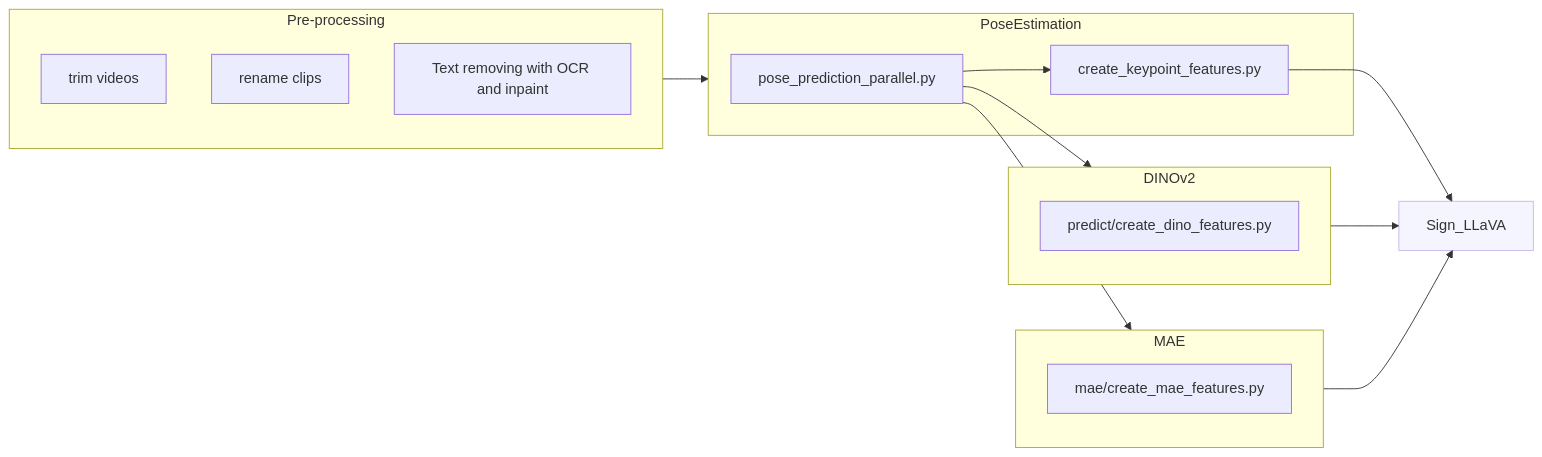
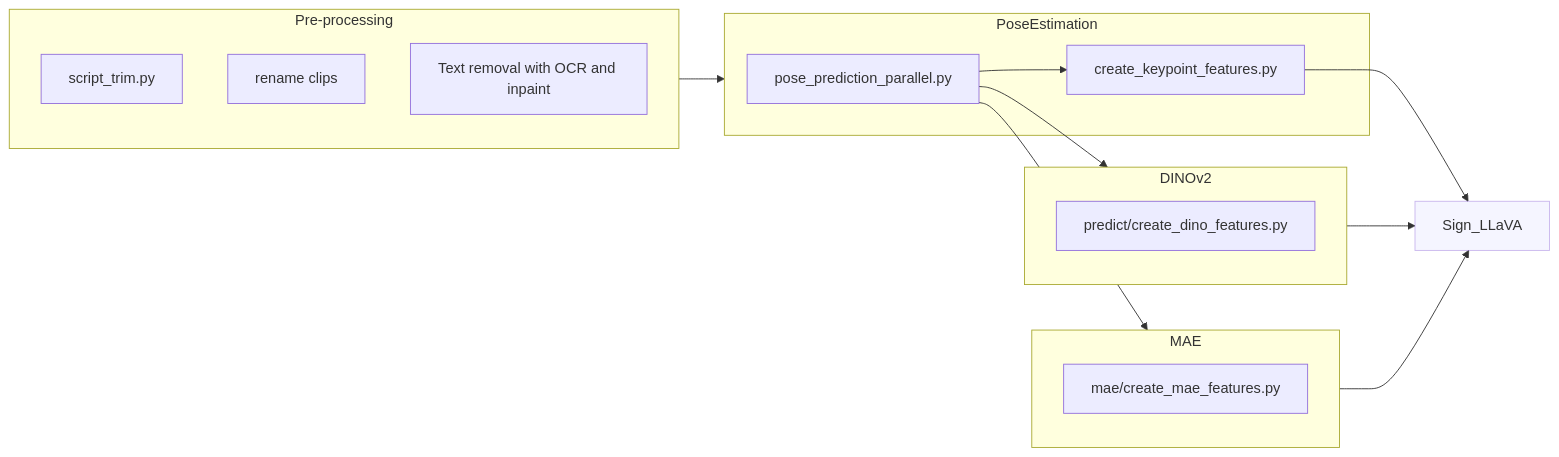
The diagram in pipelines/ENCODING_PIPELINE.md (JSALT2024/scripts), drawn with Mermaid before and after one commit. The commit also changed other lines of this file, not shown here.

````diff
--- a/pipelines/ENCODING_PIPELINE.md
+++ b/pipelines/ENCODING_PIPELINE.md
@@ -4,32 +1,32 @@
 ```mermaid
 graph LR;   
     subgraph Pre-processing
-        E[trim videos]
+        E[script_trim.py]
         F[rename clips]
-        G[Text removing with OCR and inpaint]
+        G[Text removal with OCR and inpaint]
     end
     
     subgraph PoseEstimation
         A[pose_prediction_parallel.py]
         B[create_keypoint_features.py]
     end
     
     subgraph DINOv2
         D[predict/create_dino_features.py]
     end
     
     subgraph MAE
         C[mae/create_mae_features.py]
     end
     
     Pre-processing-->PoseEstimation
     A-->MAE
     A-->DINOv2
     A-->B
     
     DINOv2-->Sign_LLaVA
     MAE-->Sign_LLaVA
     B-->Sign_LLaVA
 
     style Sign_LLaVA opacity:0.5;
 ```
````
